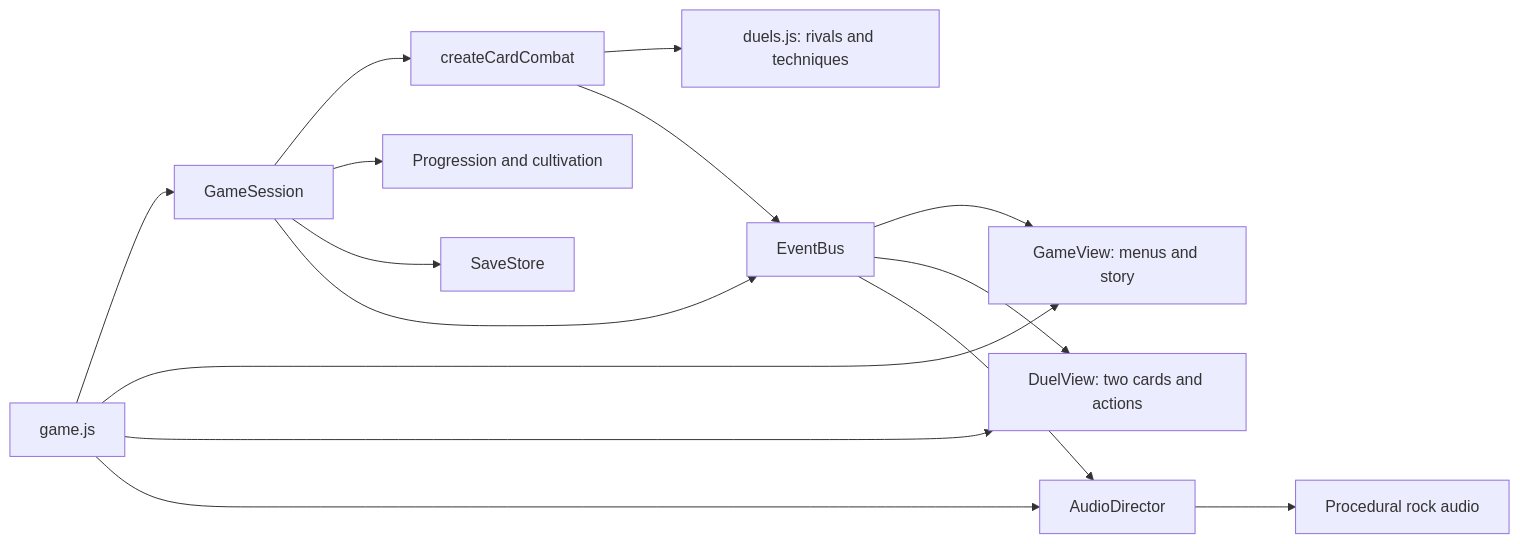
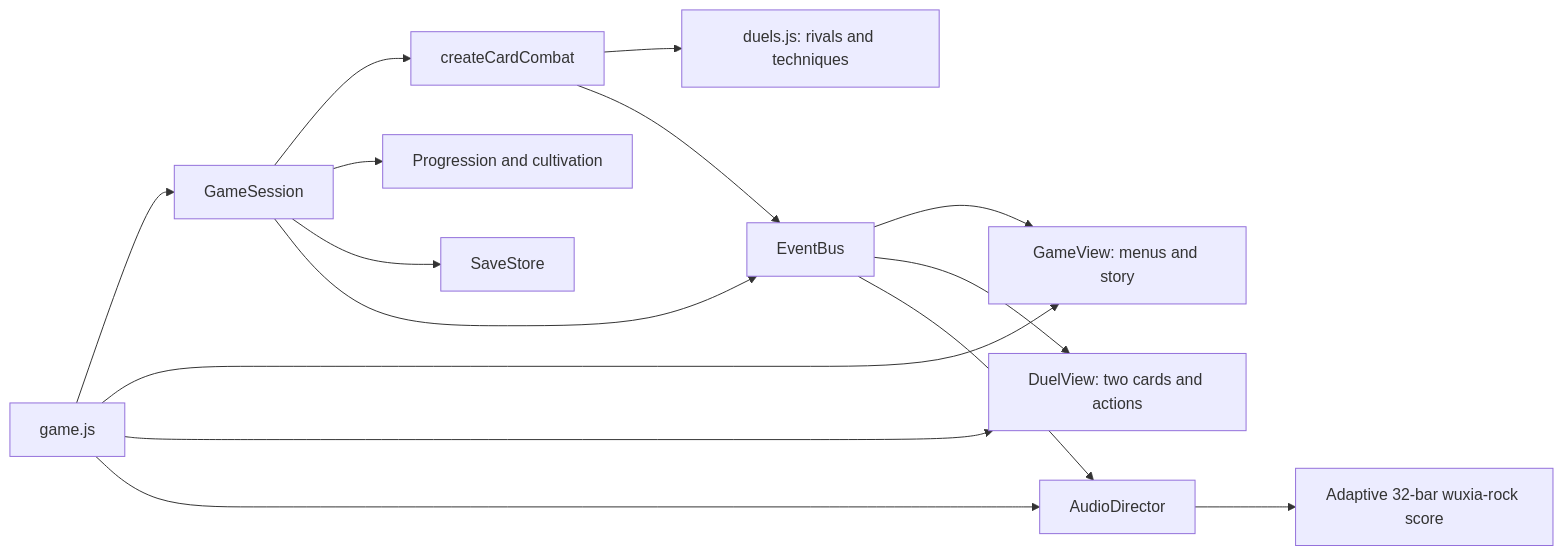
The diagram in docs/GAME-ARCHITECTURE.md (leejpjack-hue/wuxia-rpg-concepts), drawn with Mermaid before and after one commit. The commit also changed 6 other files, not shown here.

````diff
--- a/docs/GAME-ARCHITECTURE.md
+++ b/docs/GAME-ARCHITECTURE.md
@@ -9,17 +9,17 @@
 ```mermaid
 flowchart LR
   Boot[game.js] --> Session[GameSession]
   Boot --> View[GameView: menus and story]
   Boot --> Duel[DuelView: two cards and actions]
   Boot --> Audio[AudioDirector]
   Session --> Combat[createCardCombat]
   Combat --> Content[duels.js: rivals and techniques]
   Session --> Progress[Progression and cultivation]
   Session --> Saves[SaveStore]
   Session --> Bus[EventBus]
   Combat --> Bus
   Bus --> View
   Bus --> Duel
   Bus --> Audio
-  Audio --> Synth[Procedural rock audio]
+  Audio --> Synth[Adaptive 32-bar wuxia-rock score]
 ```
````
